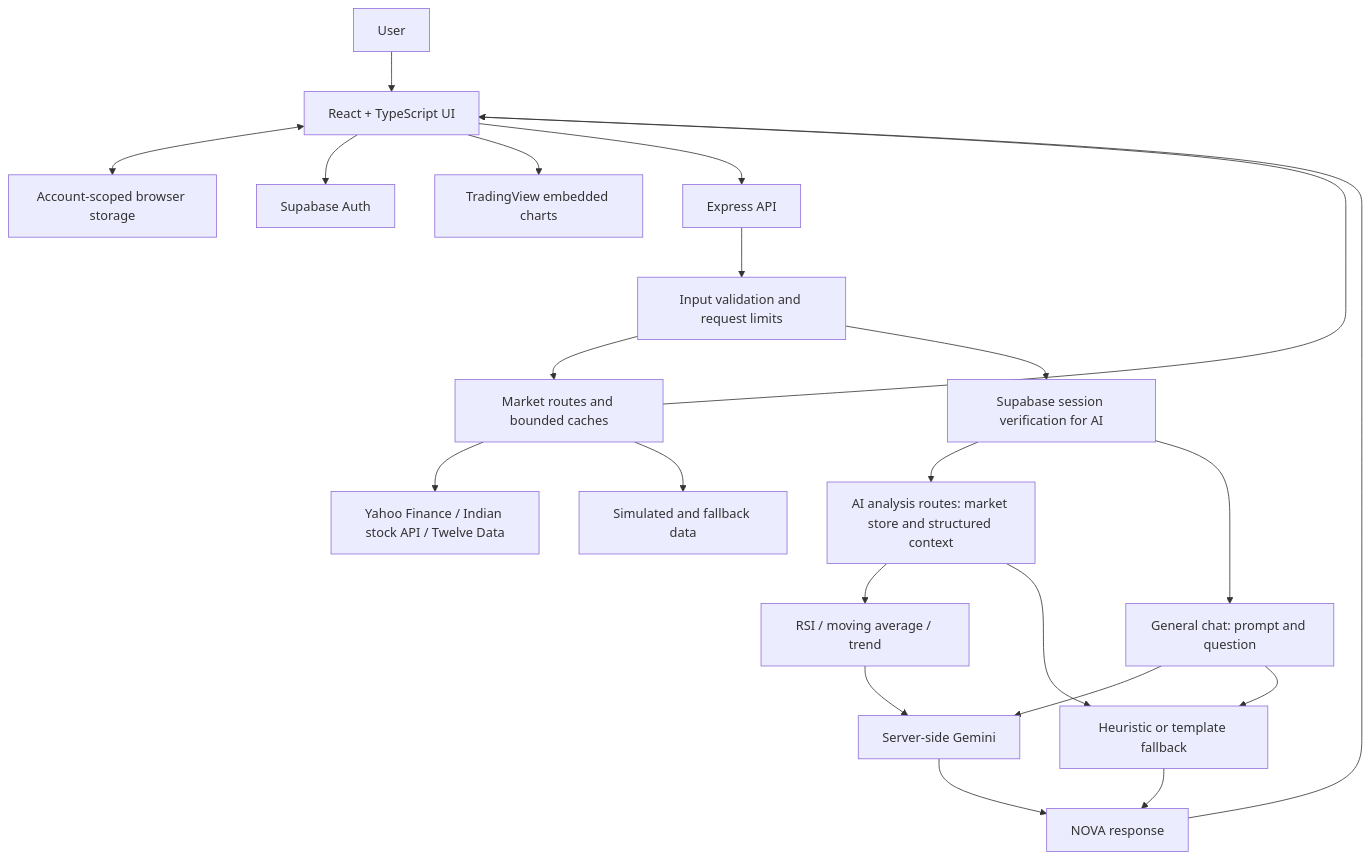
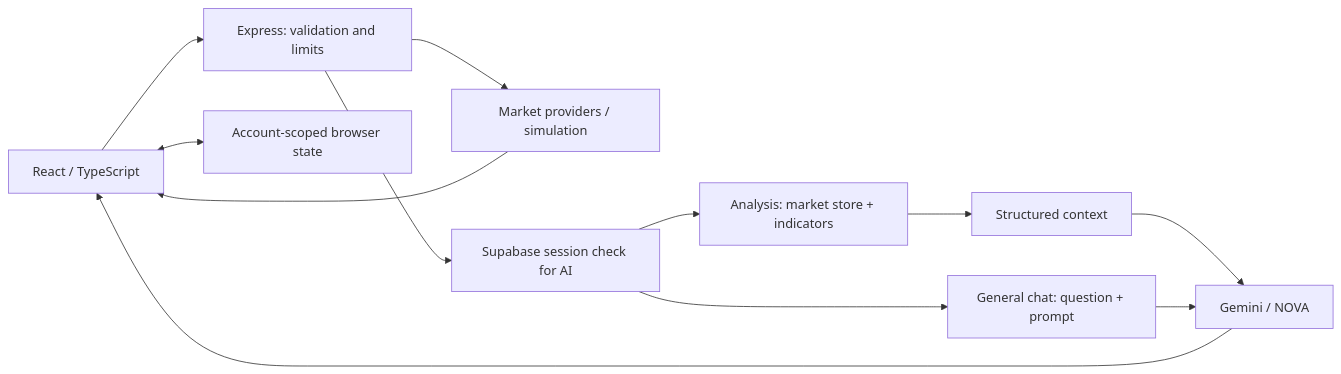
The diagram in README.md (jesvinmmathew-sys/Market-Verse), drawn with Mermaid before and after one commit. The commit also changed other lines of this file and 5 other files, not shown here.

````diff
--- a/README.md
+++ b/README.md
@@ -69,24 +45,14 @@
 ```mermaid
-flowchart TD
-    U[User] --> UI[React + TypeScript UI]
-    UI <--> STORE[Account-scoped browser storage]
-    UI --> AUTH[Supabase Auth]
-    UI --> TV[TradingView embedded charts]
-    UI --> API[Express API]
-    API --> GUARD[Input validation and request limits]
-    GUARD --> MARKET[Market routes and bounded caches]
-    MARKET --> PROVIDERS[Yahoo Finance / Indian stock API / Twelve Data]
-    MARKET --> DEMO[Simulated and fallback data]
-    MARKET --> UI
-    GUARD --> SESSION[Supabase session verification for AI]
-    SESSION --> CONTEXT[AI analysis routes: market store and structured context]
-    CONTEXT --> CALC[RSI / moving average / trend]
-    CALC --> GEMINI[Server-side Gemini]
-    SESSION --> CHAT[General chat: prompt and question]
-    CHAT --> GEMINI
-    GEMINI --> RESPONSE[NOVA response]
-    CONTEXT --> FALLBACK[Heuristic or template fallback]
-    CHAT --> FALLBACK
-    FALLBACK --> RESPONSE
-    RESPONSE --> UI
+flowchart LR
+    UI[React / TypeScript] --> API[Express: validation and limits]
+    UI <--> LOCAL[Account-scoped browser state]
+    API --> DATA[Market providers / simulation]
+    DATA --> UI
+    API --> AUTH[Supabase session check for AI]
+    AUTH --> ANALYSIS[Analysis: market store + indicators]
+    ANALYSIS --> CONTEXT[Structured context]
+    AUTH --> CHAT[General chat: question + prompt]
+    CONTEXT --> AI[Gemini / NOVA]
+    CHAT --> AI
+    AI --> UI
 ```
````
